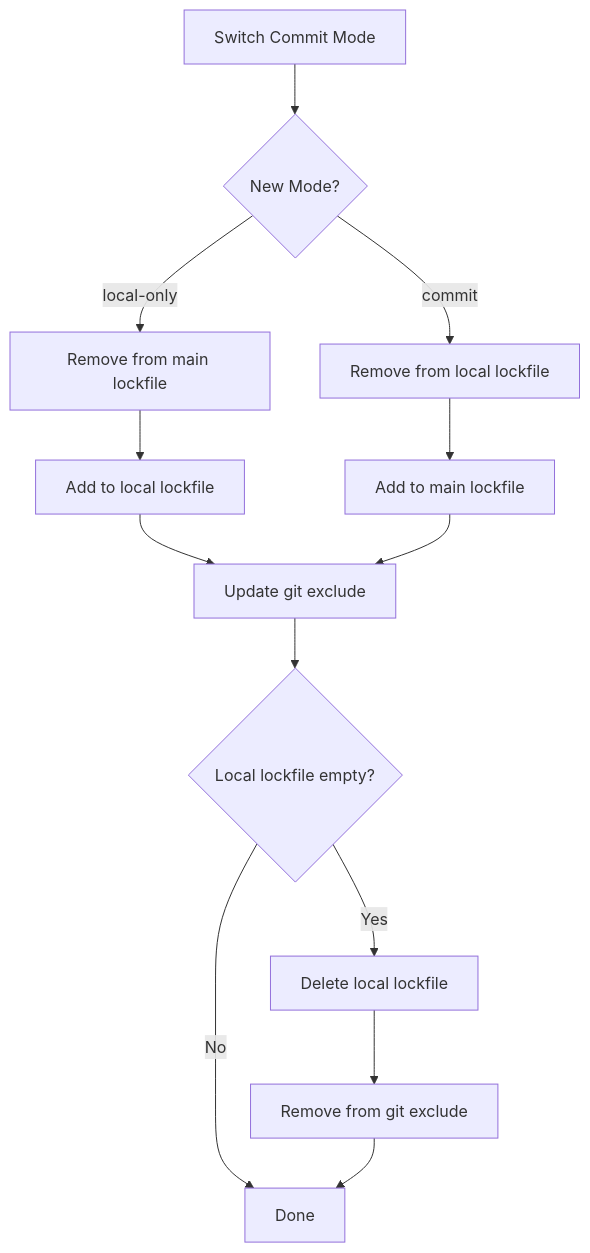
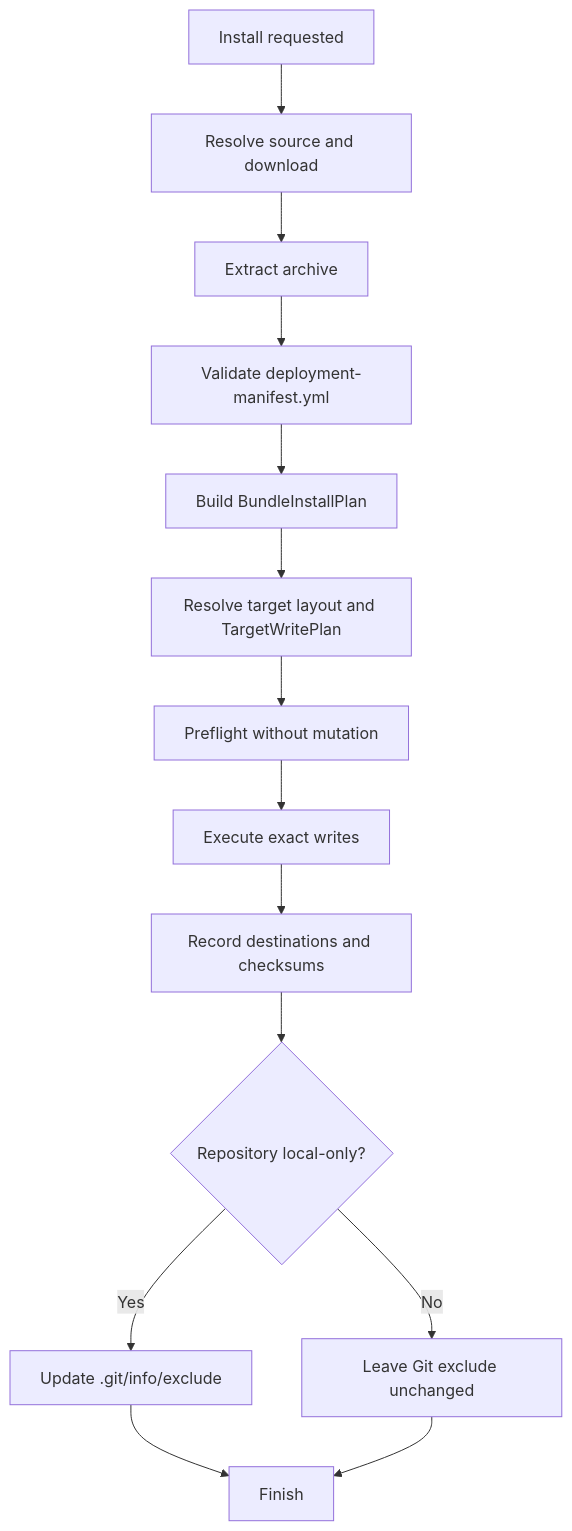
Before and after one commit to AmadeusITGroup/ai-primitives-hub: the second of 2 diagrams in docs/contributor-guide/architecture/installation-flow.md, drawn with Mermaid. The commit also changed other lines of this file and 74 other files, not shown here.

First line of the commit message:
feat(install): share one manifest-driven installation pipeline

````diff
--- a/docs/contributor-guide/architecture/installation-flow.md
+++ b/docs/contributor-guide/architecture/installation-flow.md
@@ -318,15 +33,16 @@
 ```mermaid
 flowchart TD
-    A[Switch Commit Mode] --> B{New Mode?}
-    B -->|local-only| C[Remove from main lockfile]
-    B -->|commit| D[Remove from local lockfile]
-    C --> E[Add to local lockfile]
-    D --> F[Add to main lockfile]
-    E --> G[Update git exclude]
-    F --> G
-    G --> H{Local lockfile empty?}
-    H -->|Yes| I[Delete local lockfile]
-    H -->|No| J[Done]
-    I --> K[Remove from git exclude]
-    K --> J
+    A[Install requested] --> B[Resolve source and download]
+    B --> C[Extract archive]
+    C --> D[Validate deployment-manifest.yml]
+    D --> E[Build BundleInstallPlan]
+    E --> F[Resolve target layout and TargetWritePlan]
+    F --> G[Preflight without mutation]
+    G --> H[Execute exact writes]
+    H --> I[Record destinations and checksums]
+    I --> J{Repository local-only?}
+    J -->|Yes| K[Update .git/info/exclude]
+    J -->|No| L[Leave Git exclude unchanged]
+    K --> M[Finish]
+    L --> M
 ```
````
